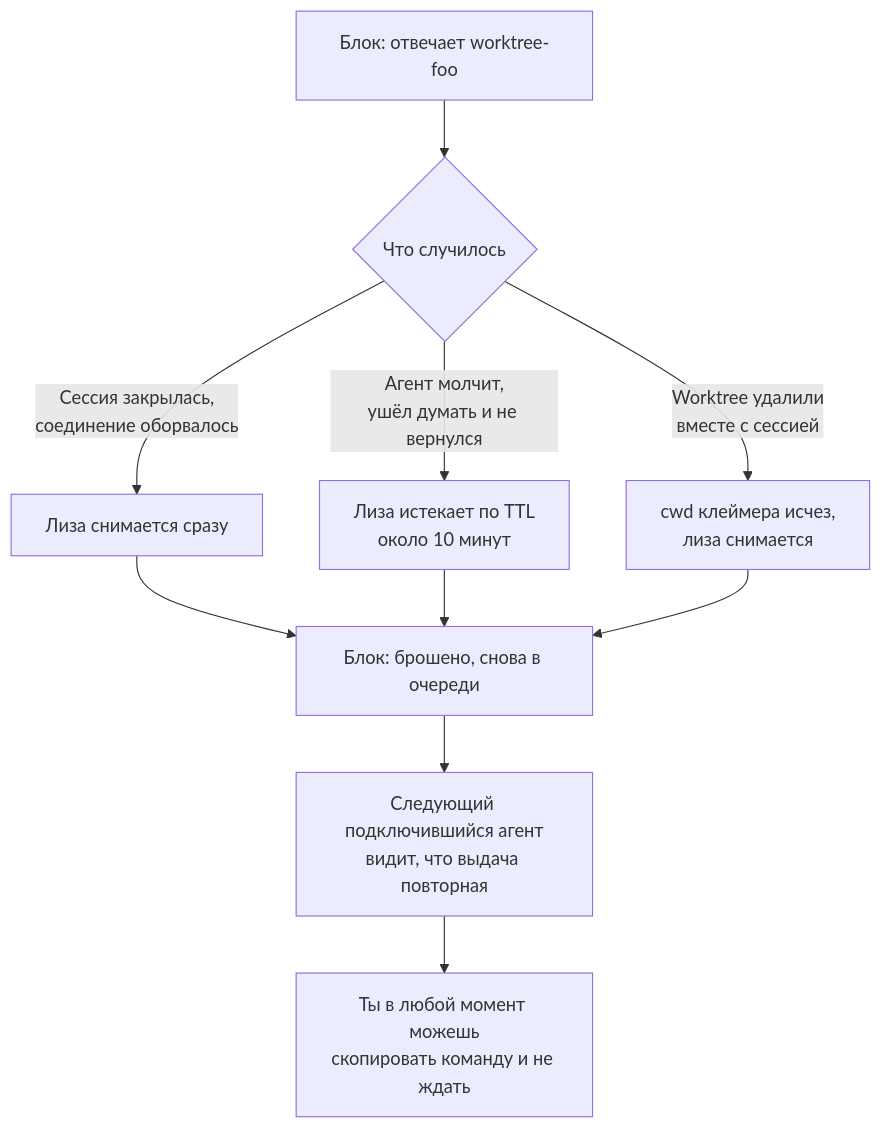
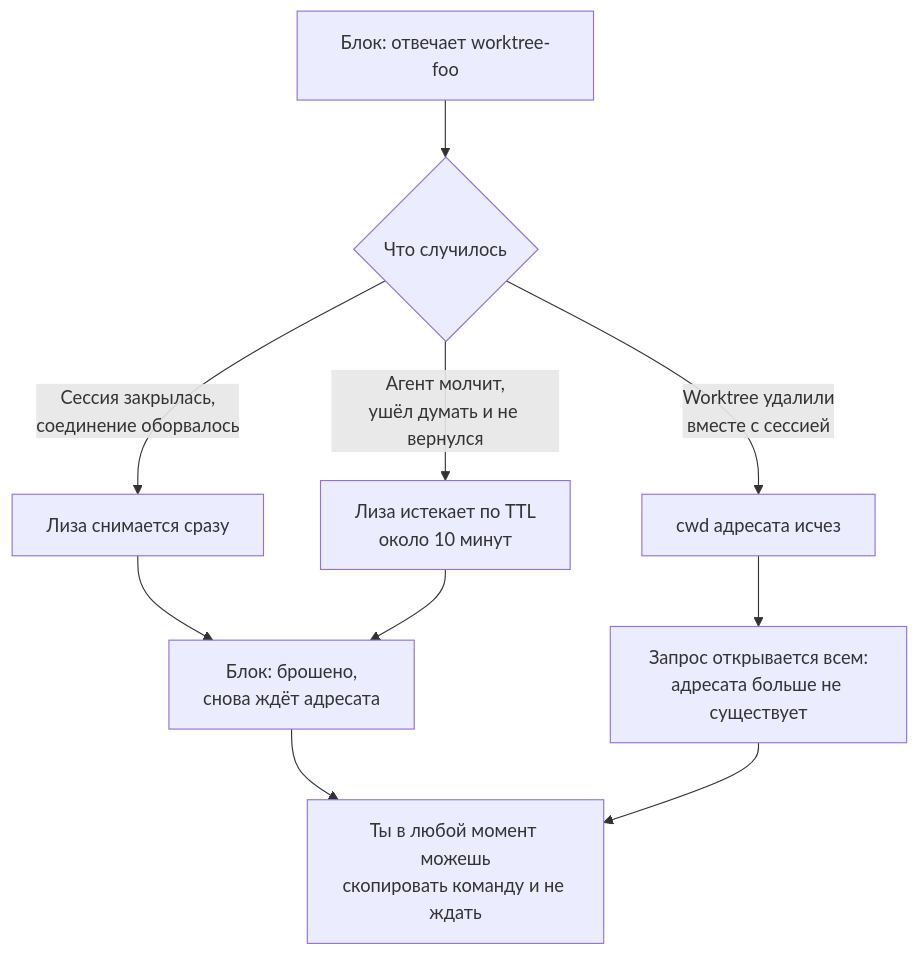
The fifth of 19 diagrams in docs/superpowers/specs/2026-08-23-document-requests-design.md (malinborn/mdmini), drawn with Mermaid before and after one commit. The commit also changed other lines of this file, not shown here.

````diff
--- a/docs/superpowers/specs/2026-08-23-document-requests-design.md
+++ b/docs/superpowers/specs/2026-08-23-document-requests-design.md
@@ -136,12 +159,12 @@
 ```mermaid
 flowchart TD
     A["Блок: отвечает worktree-foo"] --> B{"Что случилось"}
     B -->|"Сессия закрылась,<br/>соединение оборвалось"| C["Лиза снимается сразу"]
     B -->|"Агент молчит,<br/>ушёл думать и не вернулся"| D["Лиза истекает по TTL<br/>около 10 минут"]
-    B -->|"Worktree удалили<br/>вместе с сессией"| E["cwd клеймера исчез,<br/>лиза снимается"]
-    C --> F["Блок: брошено, снова в очереди"]
+    B -->|"Worktree удалили<br/>вместе с сессией"| E["cwd адресата исчез"]
+    C --> F["Блок: брошено,<br/>снова ждёт адресата"]
     D --> F
-    E --> F
-    F --> G["Следующий подключившийся агент<br/>видит, что выдача повторная"]
-    G --> H["Ты в любой момент можешь<br/>скопировать команду и не ждать"]
+    E --> G["Запрос открывается всем:<br/>адресата больше не существует"]
+    F --> H["Ты в любой момент можешь<br/>скопировать команду и не ждать"]
+    G --> H
 ```
````
